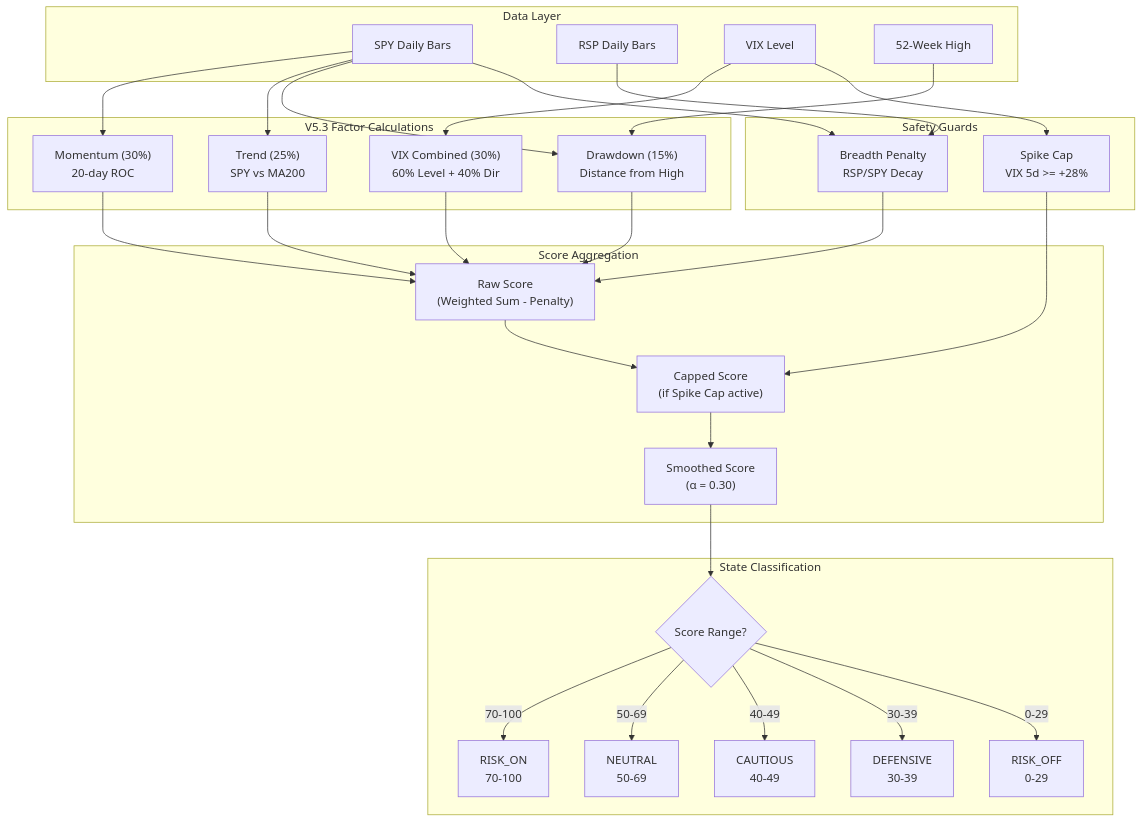
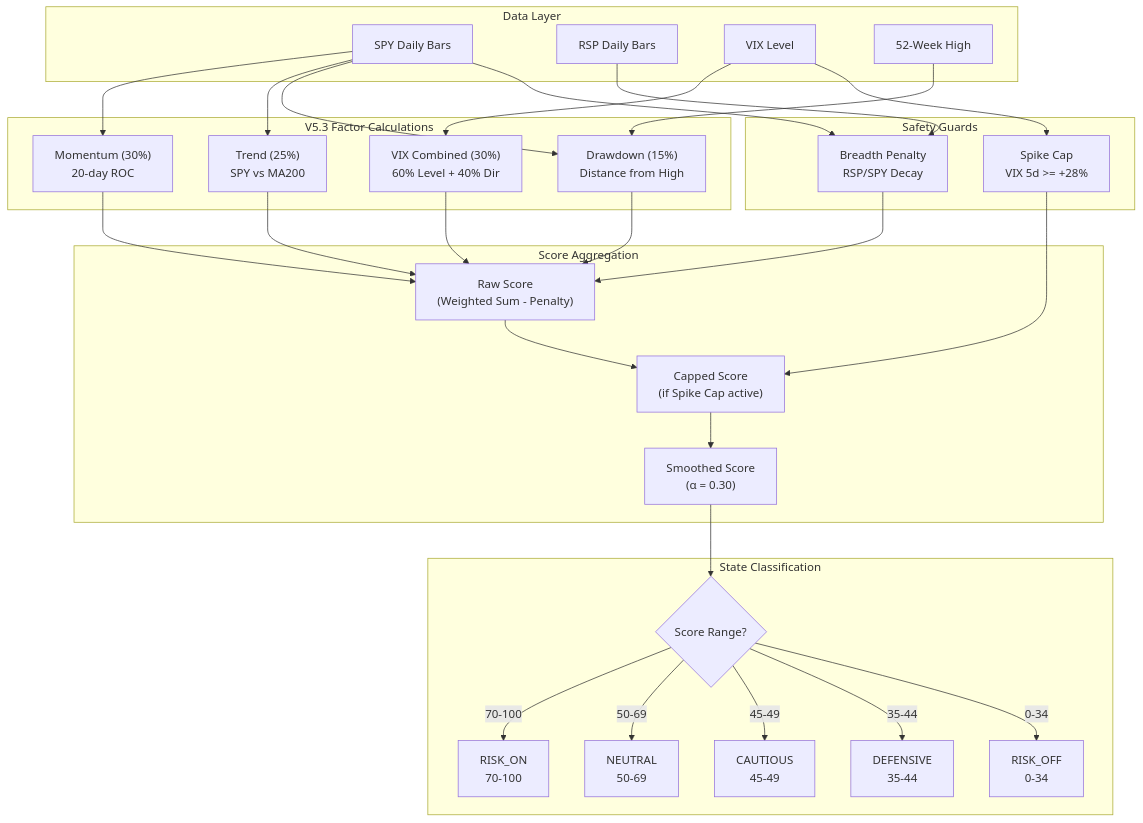
The diagram in docs/system/04-regime-engine.md (vickdavinci/alpha-nextgen-v2-private), drawn with Mermaid before and after one commit. The commit also changed other lines of this file and 16 other files, not shown here.

````diff
--- a/docs/system/04-regime-engine.md
+++ b/docs/system/04-regime-engine.md
@@ -516,62 +526,62 @@
 ```mermaid
 flowchart TD
     subgraph DATA["Data Layer"]
         SPY["SPY Daily Bars"]
         RSP["RSP Daily Bars"]
         VIX["VIX Level"]
         HIGH["52-Week High"]
     end
 
     subgraph FACTORS["V5.3 Factor Calculations"]
         MOM["Momentum (30%)<br/>20-day ROC"]
         VIXC["VIX Combined (30%)<br/>60% Level + 40% Dir"]
         TREND["Trend (25%)<br/>SPY vs MA200"]
         DD["Drawdown (15%)<br/>Distance from High"]
     end
 
     subgraph GUARDS["Safety Guards"]
         SPIKE["Spike Cap<br/>VIX 5d >= +28%"]
         BREADTH["Breadth Penalty<br/>RSP/SPY Decay"]
     end
 
     subgraph AGGREGATION["Score Aggregation"]
         RAW["Raw Score<br/>(Weighted Sum - Penalty)"]
         CAPPED["Capped Score<br/>(if Spike Cap active)"]
         SMOOTH["Smoothed Score<br/>(α = 0.30)"]
     end
 
     subgraph CLASSIFICATION["State Classification"]
         STATE{"Score Range?"}
         RISK_ON["RISK_ON<br/>70-100"]
         NEUTRAL["NEUTRAL<br/>50-69"]
-        CAUTIOUS["CAUTIOUS<br/>40-49"]
-        DEFENSIVE["DEFENSIVE<br/>30-39"]
-        RISK_OFF["RISK_OFF<br/>0-29"]
+        CAUTIOUS["CAUTIOUS<br/>45-49"]
+        DEFENSIVE["DEFENSIVE<br/>35-44"]
+        RISK_OFF["RISK_OFF<br/>0-34"]
     end
 
     SPY --> MOM
     SPY --> TREND
     SPY --> DD
     HIGH --> DD
     VIX --> VIXC
     RSP --> BREADTH
     SPY --> BREADTH
 
     MOM --> RAW
     VIXC --> RAW
     TREND --> RAW
     DD --> RAW
     BREADTH --> RAW
 
     VIX --> SPIKE
     SPIKE --> CAPPED
     RAW --> CAPPED
     CAPPED --> SMOOTH
     SMOOTH --> STATE
 
     STATE -->|70-100| RISK_ON
     STATE -->|50-69| NEUTRAL
-    STATE -->|40-49| CAUTIOUS
-    STATE -->|30-39| DEFENSIVE
-    STATE -->|0-29| RISK_OFF
+    STATE -->|45-49| CAUTIOUS
+    STATE -->|35-44| DEFENSIVE
+    STATE -->|0-34| RISK_OFF
 ```
````
